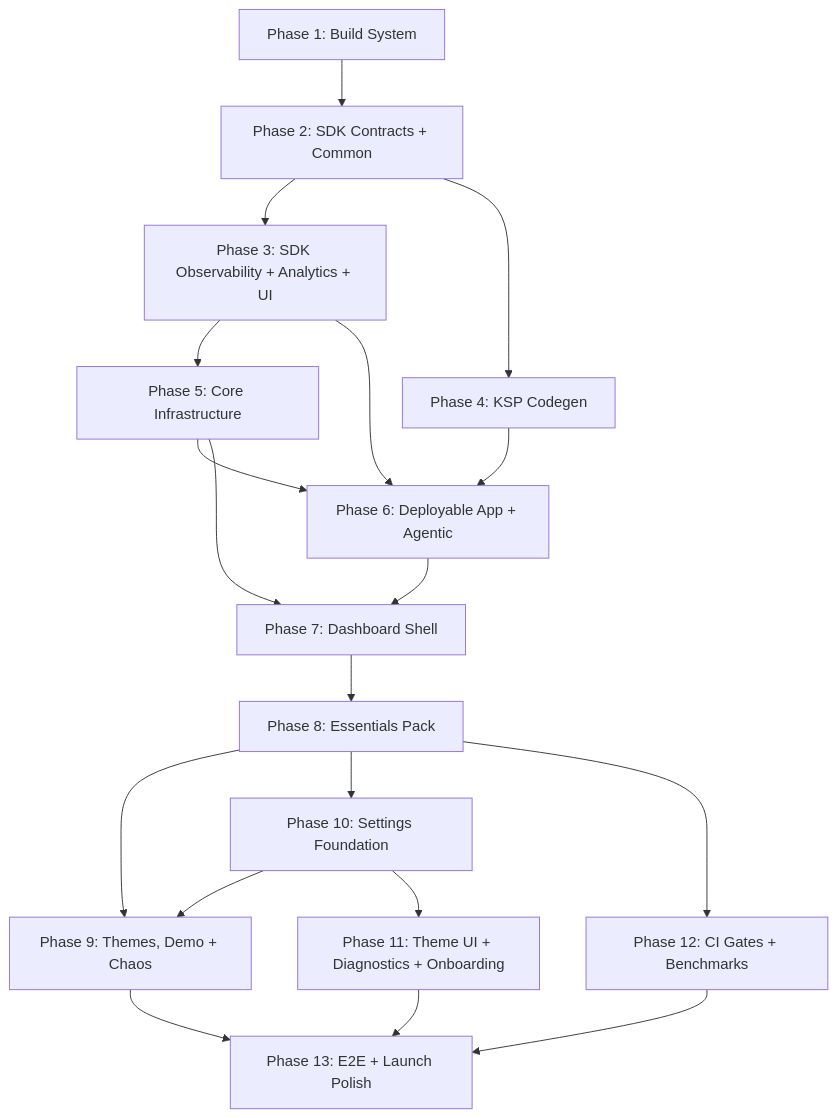
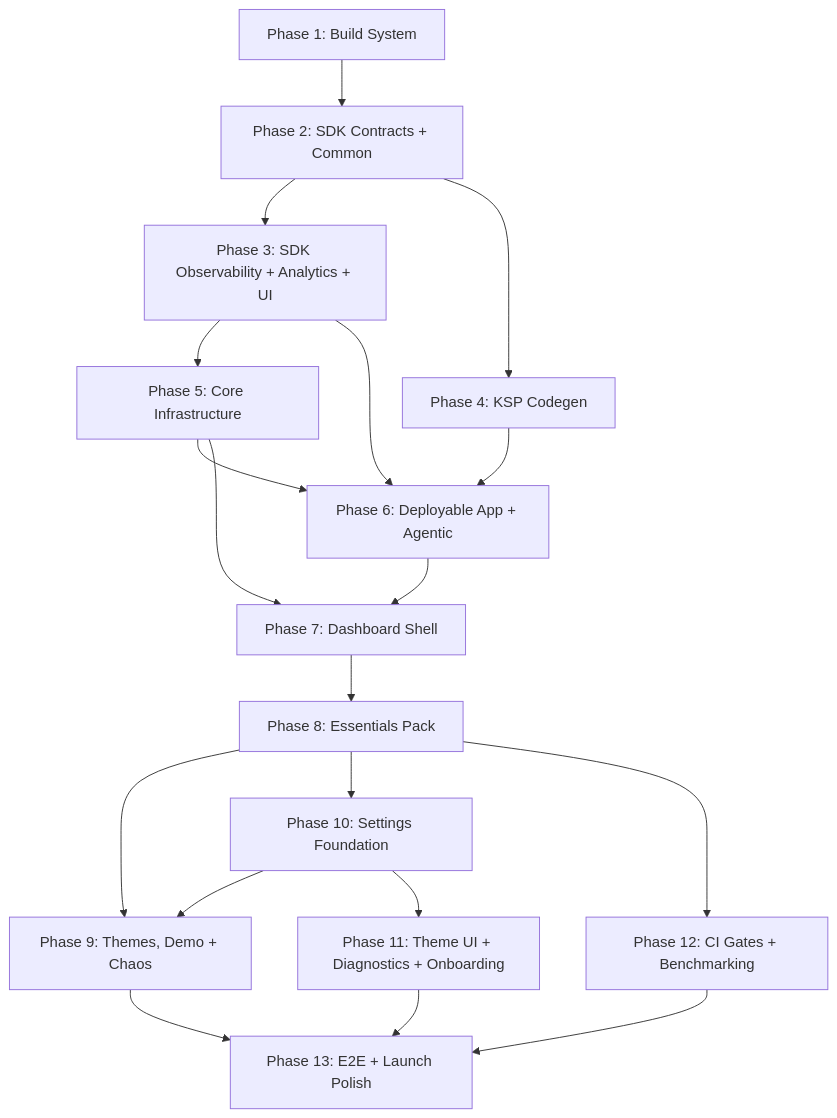
Before and after one commit to ohmgh/dqxn: the diagram in .planning/ROADMAP.md, drawn with Mermaid. The commit also changed other lines of this file and 22 other files, not shown here.

First line of the commit message:
Steelman migration and roadmap docs: fix 47 inconsistencies across 23 files

````diff
--- a/.planning/ROADMAP.md
+++ b/.planning/ROADMAP.md
@@ -322,21 +322,21 @@
 ```mermaid
 graph TD
     P1[Phase 1: Build System] --> P2[Phase 2: SDK Contracts + Common]
     P2 --> P3[Phase 3: SDK Observability + Analytics + UI]
     P2 --> P4[Phase 4: KSP Codegen]
     P3 --> P5[Phase 5: Core Infrastructure]
     P3 --> P6[Phase 6: Deployable App + Agentic]
     P4 --> P6
     P5 --> P6
     P5 --> P7[Phase 7: Dashboard Shell]
     P6 --> P7
     P7 --> P8[Phase 8: Essentials Pack]
     P8 --> P9[Phase 9: Themes, Demo + Chaos]
     P8 --> P10[Phase 10: Settings Foundation]
-    P8 --> P12[Phase 12: CI Gates + Benchmarks]
+    P8 --> P12[Phase 12: CI Gates + Benchmarking]
     P10 --> P9
     P10 --> P11[Phase 11: Theme UI + Diagnostics + Onboarding]
     P9 --> P13[Phase 13: E2E + Launch Polish]
     P11 --> P13
     P12 --> P13
 ```
````
